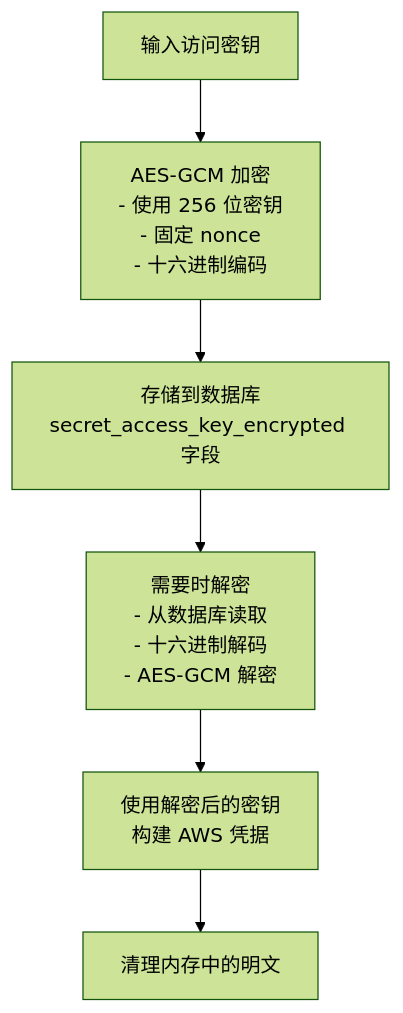
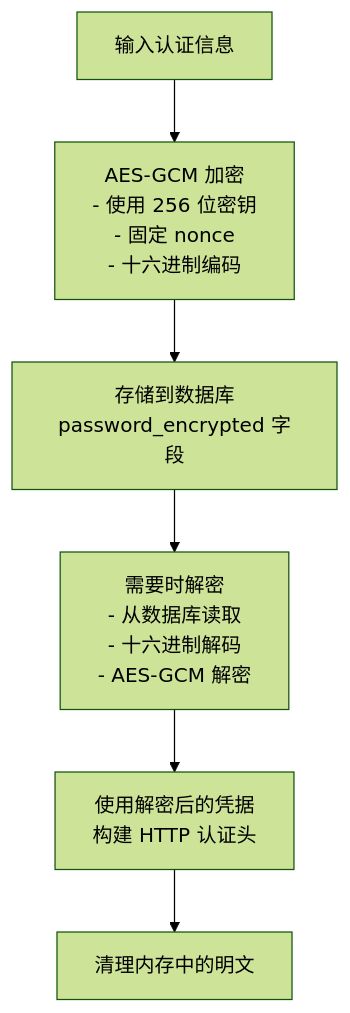
Before and after one commit to DumKing/DevNexus: the fifth of 5 diagrams in .qoder/repowiki/zh/content/数据库设计/表结构设计/云存储连接表.md, drawn with Mermaid (forest theme). The commit also changed other lines of this file and 80 other files, not shown here.

````diff
--- a/.qoder/repowiki/zh/content/数据库设计/表结构设计/云存储连接表.md
+++ b/.qoder/repowiki/zh/content/数据库设计/表结构设计/云存储连接表.md
@@ -268,8 +298,8 @@
 ```mermaid
 flowchart TD
-SecretInput["输入访问密钥"] --> Encrypt["AES-GCM 加密<br/>- 使用 256 位密钥<br/>- 固定 nonce<br/>- 十六进制编码"]
-Encrypt --> Store["存储到数据库<br/>secret_access_key_encrypted 字段"]
+SecretInput["输入认证信息"] --> Encrypt["AES-GCM 加密<br/>- 使用 256 位密钥<br/>- 固定 nonce<br/>- 十六进制编码"]
+Encrypt --> Store["存储到数据库<br/>password_encrypted 字段"]
 Store --> Decrypt["需要时解密<br/>- 从数据库读取<br/>- 十六进制解码<br/>- AES-GCM 解密"]
-Decrypt --> Use["使用解密后的密钥<br/>构建 AWS 凭据"]
+Decrypt --> Use["使用解密后的凭据<br/>构建 HTTP 认证头"]
 Use --> CleanUp["清理内存中的明文"]
 ```
````
